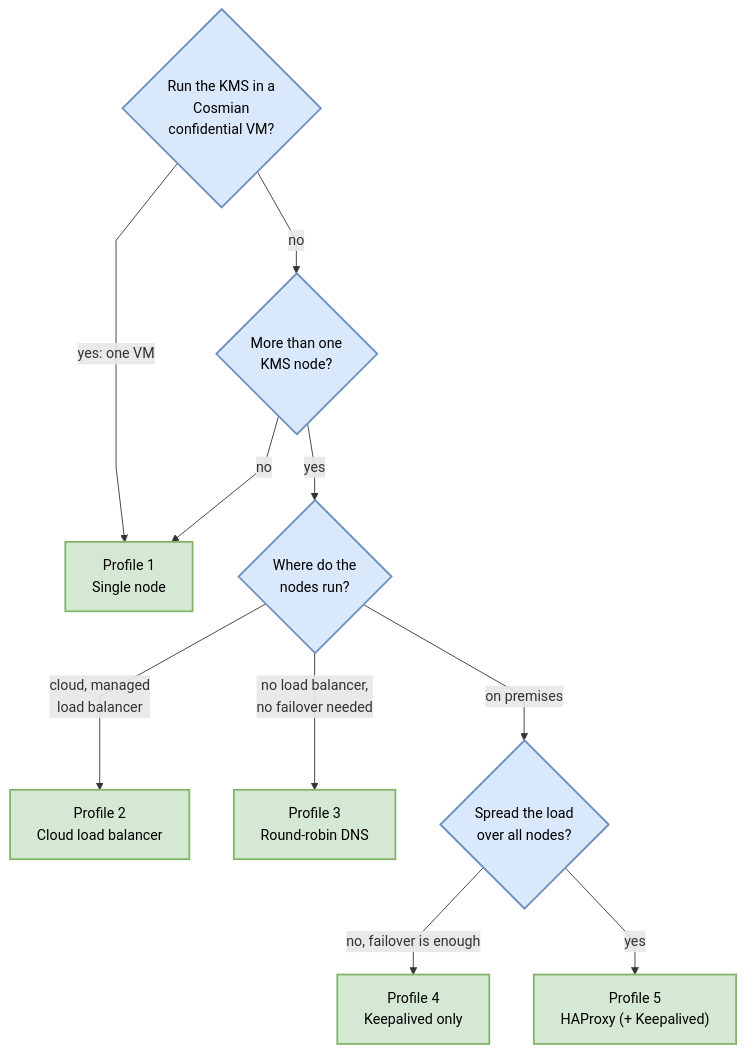
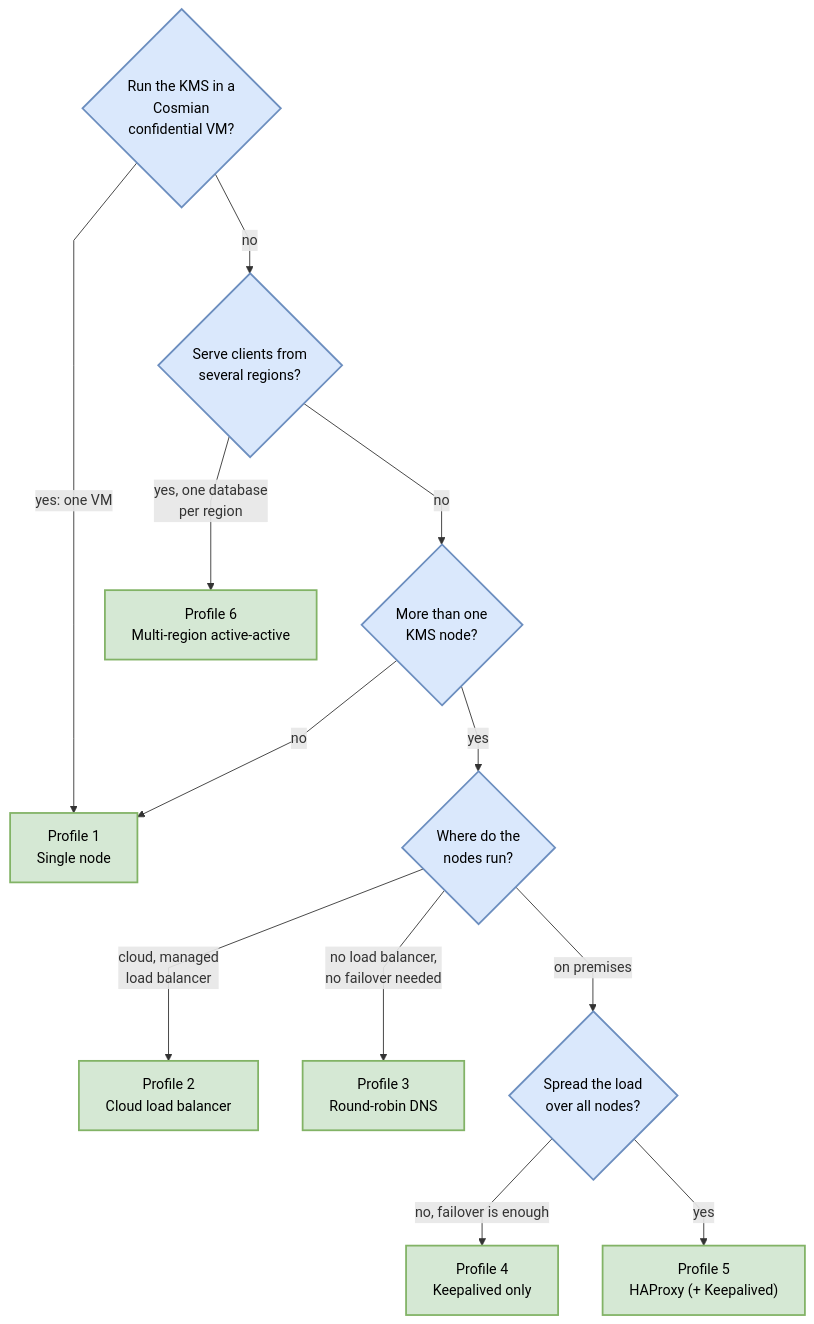
One commit to Cosmian/kms changed the second of 5 diagrams in documentation/docs/installation/high_availability_mode.md. Above: the diagram before and after it, drawn with Mermaid. The commit also changed other lines of this file and 64 other files, not shown here.

First line of the commit message:
feat(database): multi-region active-active PostgreSQL support

````diff
--- a/documentation/docs/installation/high_availability_mode.md
+++ b/documentation/docs/installation/high_availability_mode.md
@@ -52,27 +55,31 @@
 ```mermaid
 %%{init: {"flowchart": {"curve": "linear"}}}%%
 flowchart TD
     classDef question fill:#dae8fc,stroke:#6c8ebf,stroke-width:2px,color:#000
     classDef profile fill:#d5e8d4,stroke:#82b366,stroke-width:2px,color:#000
 
     vm{"Run the KMS in a<br/>Cosmian<br/>confidential VM?"}:::question
     start{"More than one<br/>KMS node?"}:::question
     where{"Where do the<br/>nodes run?"}:::question
     spread{"Spread the load<br/>over all nodes?"}:::question
 
     p1["Profile 1<br/>Single node"]:::profile
     p2["Profile 2<br/>Cloud load balancer"]:::profile
     p3["Profile 3<br/>Round-robin DNS"]:::profile
     p4["Profile 4<br/>Keepalived only"]:::profile
     p5["Profile 5<br/>HAProxy (+ Keepalived)"]:::profile
+    p6["Profile 6<br/>Multi-region active-active"]:::profile
+    regions{"Serve clients from<br/>several regions?"}:::question
 
     vm -->|yes: one VM| p1
-    vm -->|no| start
+    vm -->|no| regions
+    regions -->|"yes, one database<br/>per region"| p6
+    regions -->|no| start
     start -->|no| p1
     start -->|yes| where
     where -->|cloud, managed<br/>load balancer| p2
     where -->|no load balancer,<br/>no failover needed| p3
     where -->|on premises| spread
     spread -->|no, failover is enough| p4
     spread -->|yes| p5
 ```
````
